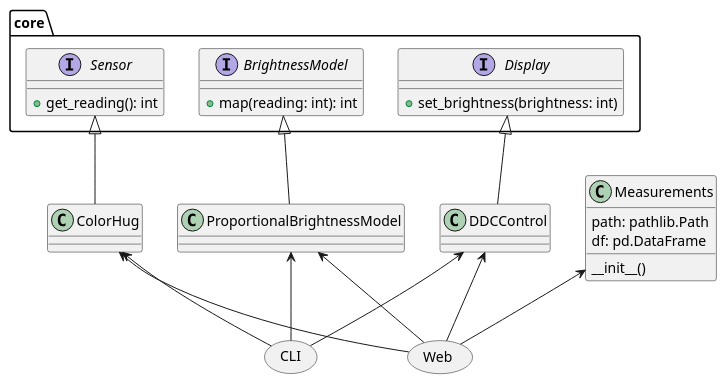
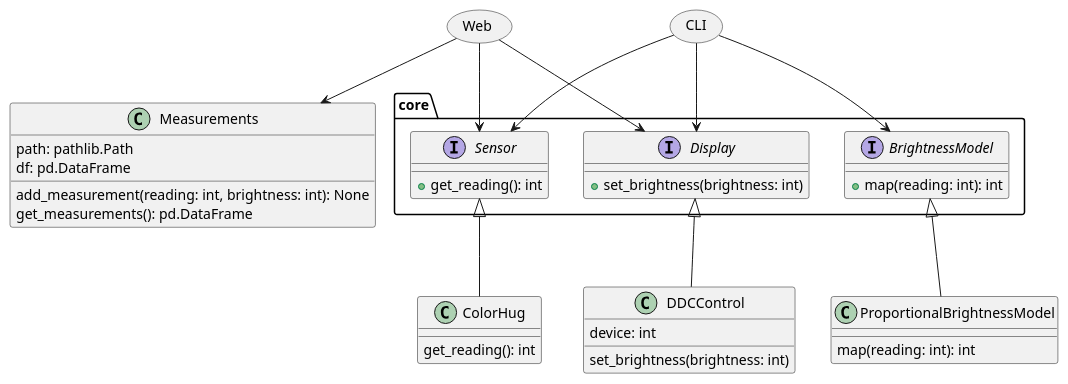
One commit to martin-ueding/autobright changed the diagram in architecture.plantuml. Above: the diagram before and after it, drawn with PlantUML.

Commit message:
Change diagram a bit

```diff
--- a/architecture.plantuml
+++ b/architecture.plantuml
@@ -1,41 +1,48 @@
 @startuml
 allowmixing
 
 package "core" {
     interface Sensor {
         +get_reading(): int
     }
     interface BrightnessModel {
         +map(reading: int): int
     }
     interface Display {
         +set_brightness(brightness: int)
     }
 }
 
-class ColorHug
-class DDCControl
-class ProportionalBrightnessModel
+class ColorHug {
+        get_reading(): int
+}
+class DDCControl {
+        set_brightness(brightness: int)
+        device: int
+}
+class ProportionalBrightnessModel {
+        map(reading: int): int
+}
 
 Sensor <|-- ColorHug
 BrightnessModel <|-- ProportionalBrightnessModel
 Display <|-- DDCControl
 
 class Measurements {
-__init__()
+add_measurement(reading: int, brightness: int): None
+get_measurements(): pd.DataFrame
 path: pathlib.Path
 df: pd.DataFrame
 }
 
 usecase Web
 usecase CLI
 
-Web -up-> ColorHug
-Web -up-> DDCControl
-Web -up-> ProportionalBrightnessModel
-Web -up-> Measurements
+Web --> Sensor
+Web --> Display
+Web --> Measurements
 
-CLI -up-> ColorHug
-CLI -up-> DDCControl
-CLI -up-> ProportionalBrightnessModel
+CLI --> Sensor
+CLI --> Display
+CLI --> BrightnessModel
 @enduml
```
